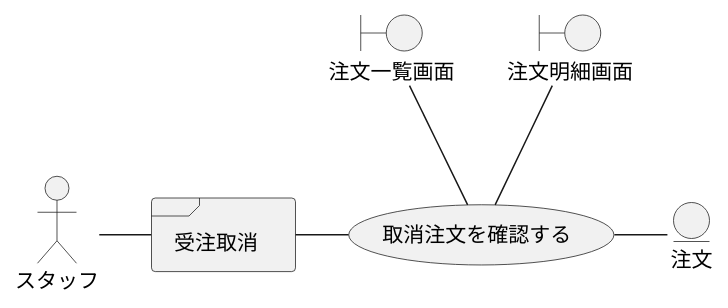
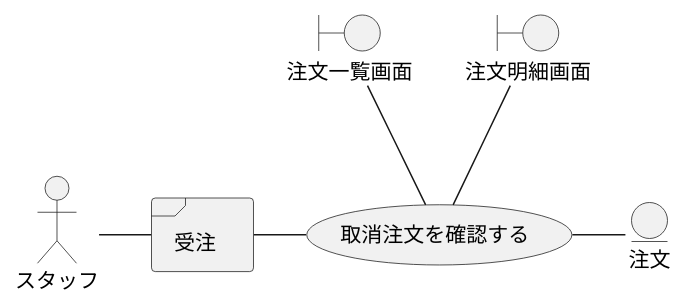
One commit to k2works/application_programing_excercise_2022 changed diagram 28 of 49 in docs/index.adoc. Above: the diagram before and after it, drawn with PlantUML. The commit also changed other lines of this file, not shown here.

```diff
--- a/docs/index.adoc
+++ b/docs/index.adoc
@@ -919,16 +929,16 @@
 [plantuml]
 ----
 @startuml
 actor "スタッフ" as ac_01
-frame "受注取消" as f01
+frame "受注" as f01
 usecase "取消注文を確認する" as UC1
 boundary "注文一覧画面" as b01
 boundary "注文明細画面" as b02
 entity "注文" as e01
 
 ac_01 - f01
 f01 - UC1
 b01 -- UC1
 b02 -- UC1
 UC1 - e01
 ----
```
